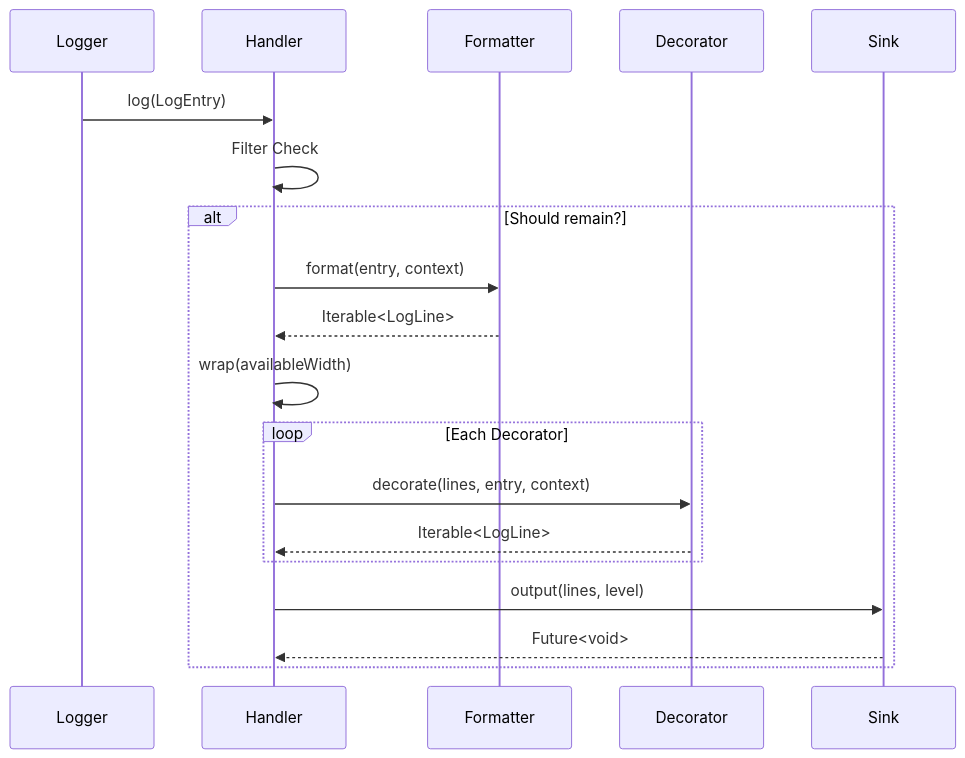
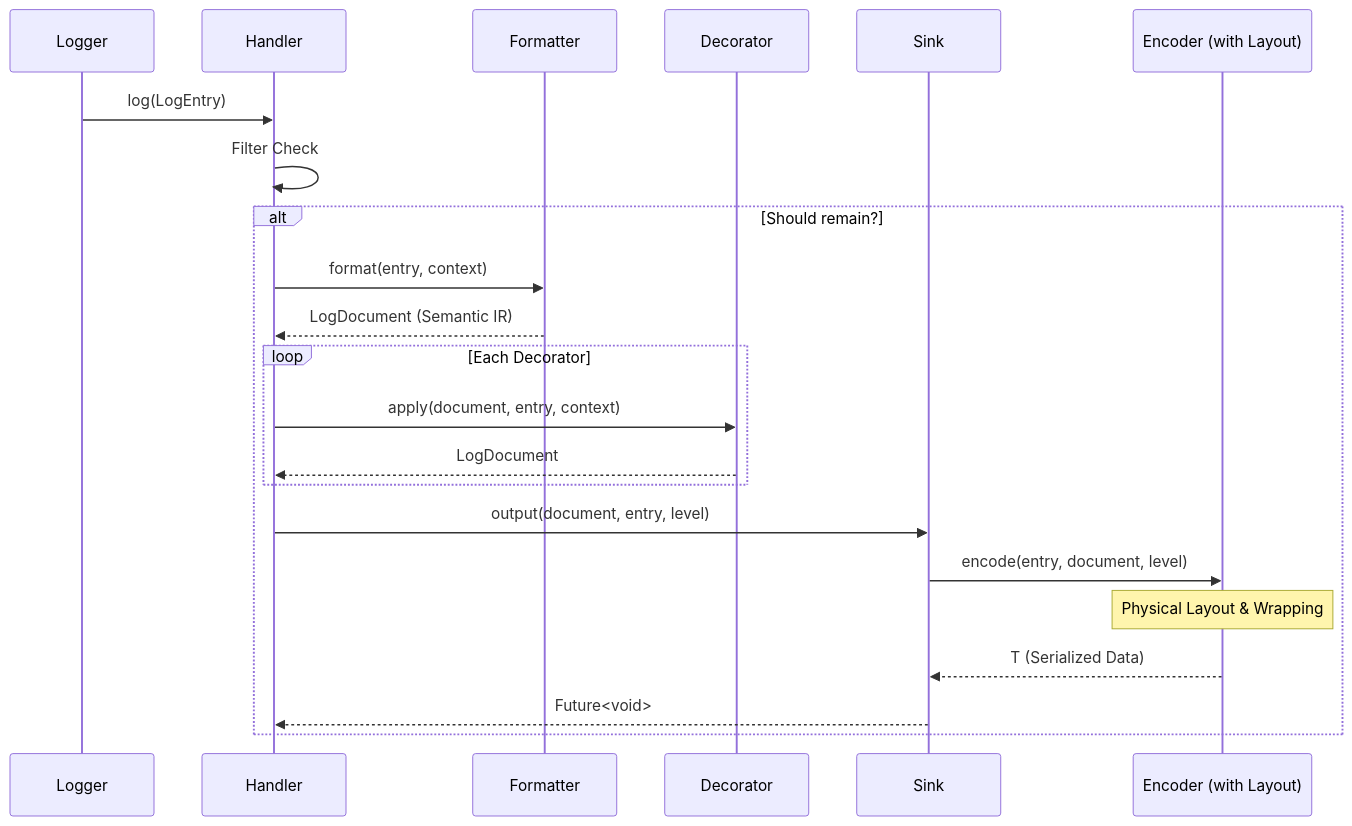
One commit to pooriaaskarim/logd changed the second of 2 diagrams in doc/handler/architecture.md. Above: the diagram before and after it, drawn with Mermaid. The commit also changed other lines of this file and 183 other files, not shown here.

````diff
--- a/doc/handler/architecture.md
+++ b/doc/handler/architecture.md
@@ -16,22 +16,25 @@
 ```mermaid
 sequenceDiagram
     participant L as Logger
     participant H as Handler
     participant F as Formatter
     participant D as Decorator
     participant S as Sink
+    participant E as Encoder (with Layout)
 
     L->>H: log(LogEntry)
     H->>H: Filter Check
     alt Should remain?
         H->>F: format(entry, context)
-        F-->>H: Iterable<LogLine>
-        H->>H: wrap(availableWidth)
+        F-->>H: LogDocument (Semantic IR)
         loop Each Decorator
-            H->>D: decorate(lines, entry, context)
-            D-->>H: Iterable<LogLine>
+            H->>D: apply(document, entry, context)
+            D-->>H: LogDocument
         end
-        H->>S: output(lines, level)
+        H->>S: output(document, entry, level)
+        S->>E: encode(entry, document, level)
+        Note over E: Physical Layout & Wrapping
+        E-->>S: T (Serialized Data)
         S-->>H: Future<void>
     end
 ```
````
